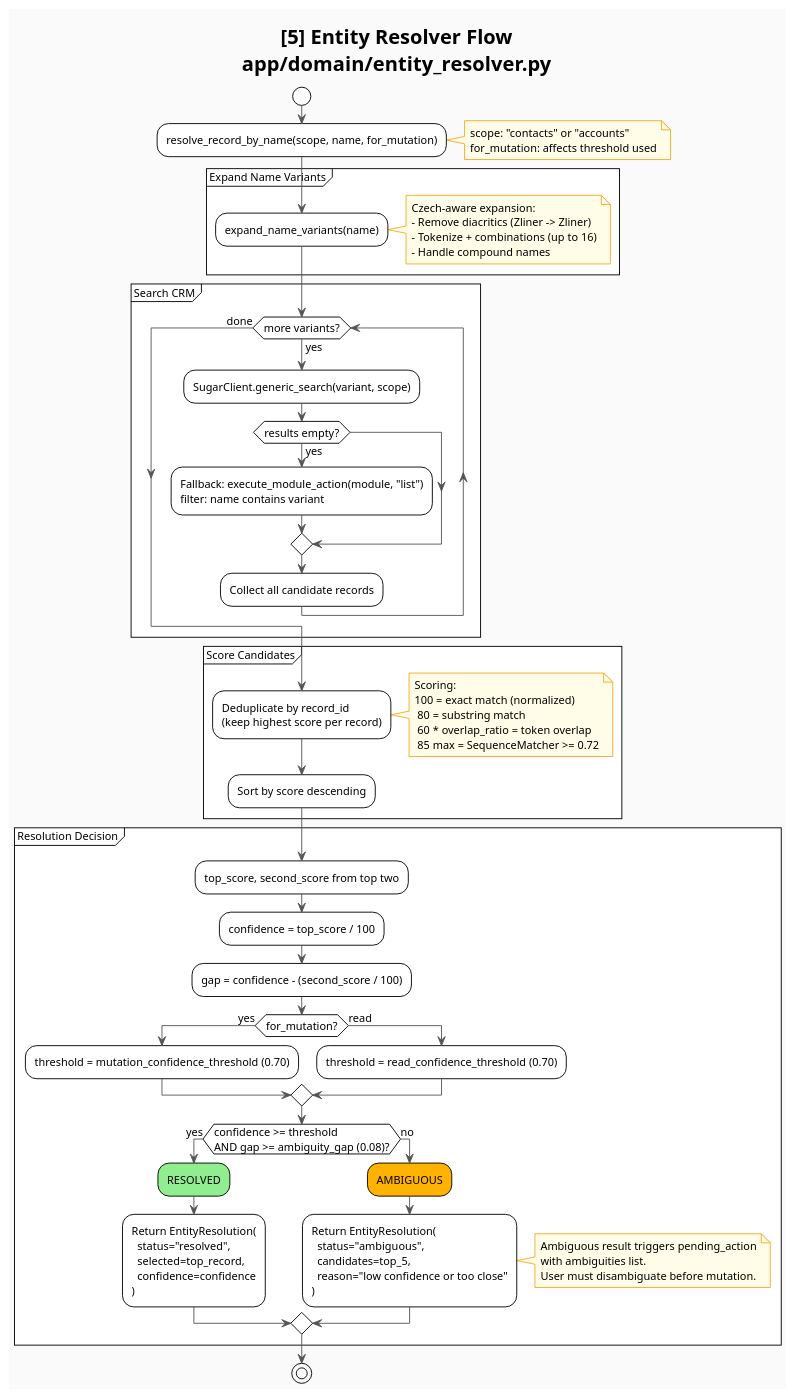
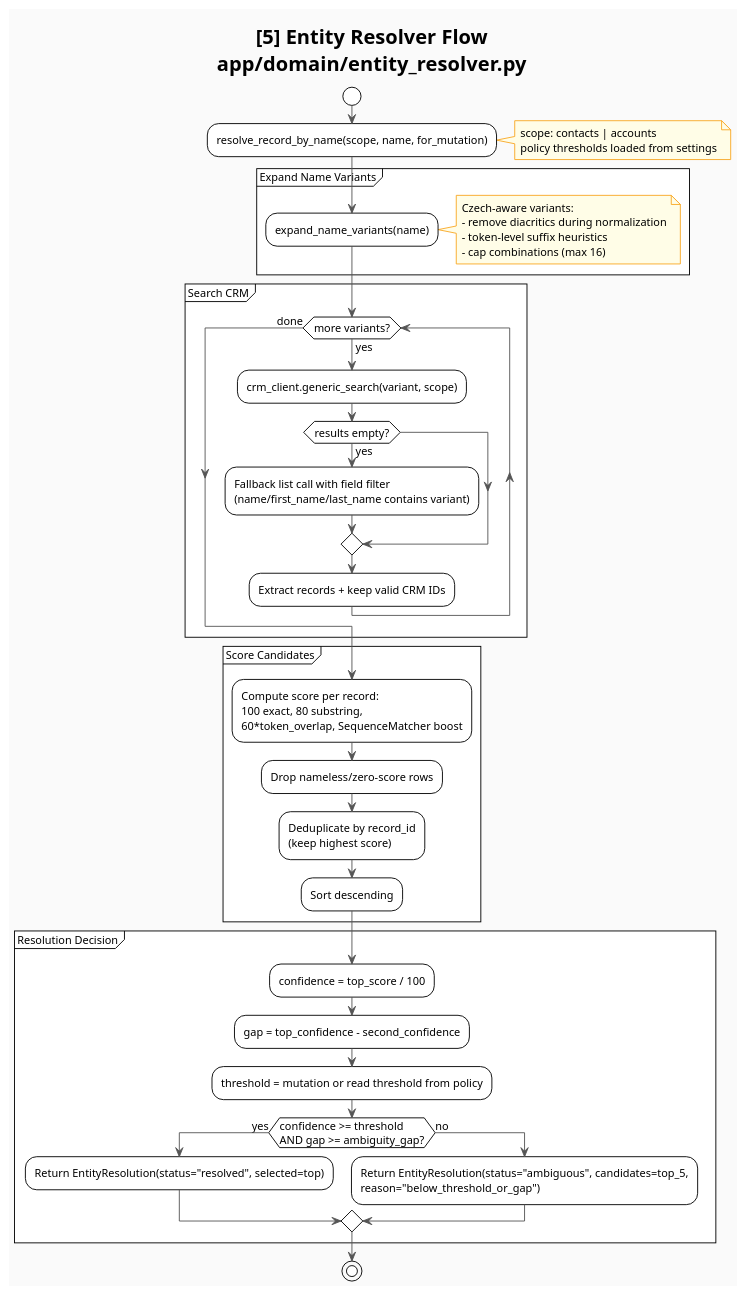
The fifth of 8 diagrams in docs/workflows.puml (kovarjan/talk2crm), drawn with PlantUML before and after one commit. The commit also changed other lines of this file and 49 other files, not shown here.

```diff
--- a/docs/workflows.puml
+++ b/docs/workflows.puml
@@ -256,77 +251,59 @@
 @startuml diagram_5_entity_resolver
 !theme plain
 skinparam defaultFontSize 12
 skinparam ArrowColor #555
 skinparam BackgroundColor #FAFAFA
 skinparam NoteBackgroundColor #FFFDE7
 skinparam NoteBorderColor #F9A825
 
 title [5] Entity Resolver Flow\napp/domain/entity_resolver.py
 
 start
 
 :resolve_record_by_name(scope, name, for_mutation);
 note right
-  scope: "contacts" or "accounts"
-  for_mutation: affects threshold used
+  scope: contacts | accounts
+  policy thresholds loaded from settings
 end note
 
 partition "Expand Name Variants" {
   :expand_name_variants(name);
   note right
-    Czech-aware expansion:
-    - Remove diacritics (Zliner -> Zliner)
-    - Tokenize + combinations (up to 16)
-    - Handle compound names
+    Czech-aware variants:
+    - remove diacritics during normalization
+    - token-level suffix heuristics
+    - cap combinations (max 16)
   end note
 }
 
 partition "Search CRM" {
   while (more variants?) is (yes)
-    :SugarClient.generic_search(variant, scope);
+    :crm_client.generic_search(variant, scope);
     if (results empty?) then (yes)
-      :Fallback: execute_module_action(module, "list")\nfilter: name contains variant;
+      :Fallback list call with field filter\n(name/first_name/last_name contains variant);
     endif
-    :Collect all candidate records;
+    :Extract records + keep valid CRM IDs;
   endwhile (done)
 }
 
 partition "Score Candidates" {
-  :Deduplicate by record_id\n(keep highest score per record);
-  note right
-    Scoring:
-    100 = exact match (normalized)
-     80 = substring match
-     60 * overlap_ratio = token overlap
-     85 max = SequenceMatcher >= 0.72
-  end note
-  :Sort by score descending;
+  :Compute score per record:\n100 exact, 80 substring,\n60*token_overlap, SequenceMatcher boost;
+  :Drop nameless/zero-score rows;
+  :Deduplicate by record_id\n(keep highest score);
+  :Sort descending;
 }
 
 partition "Resolution Decision" {
-  :top_score, second_score from top two;
   :confidence = top_score / 100;
-  :gap = confidence - (second_score / 100);
+  :gap = top_confidence - second_confidence;
+  :threshold = mutation or read threshold from policy;
 
-  if (for_mutation?) then (yes)
-    :threshold = mutation_confidence_threshold (0.70);
-  else (read)
-    :threshold = read_confidence_threshold (0.70);
-  endif
-
-  if (confidence >= threshold\nAND gap >= ambiguity_gap (0.08)?) then (yes)
-    #LightGreen:RESOLVED;
-    :Return EntityResolution(\n  status="resolved",\n  selected=top_record,\n  confidence=confidence\n);
+  if (confidence >= threshold\nAND gap >= ambiguity_gap?) then (yes)
+    :Return EntityResolution(status="resolved", selected=top);
   else (no)
-    #FFB300:AMBIGUOUS;
-    :Return EntityResolution(\n  status="ambiguous",\n  candidates=top_5,\n  reason="low confidence or too close"\n);
-    note right
-      Ambiguous result triggers pending_action
-      with ambiguities list.
-      User must disambiguate before mutation.
-    end note
+    :Return EntityResolution(status="ambiguous", candidates=top_5,\nreason="below_threshold_or_gap");
   endif
 }
 
 stop
 @enduml
```
